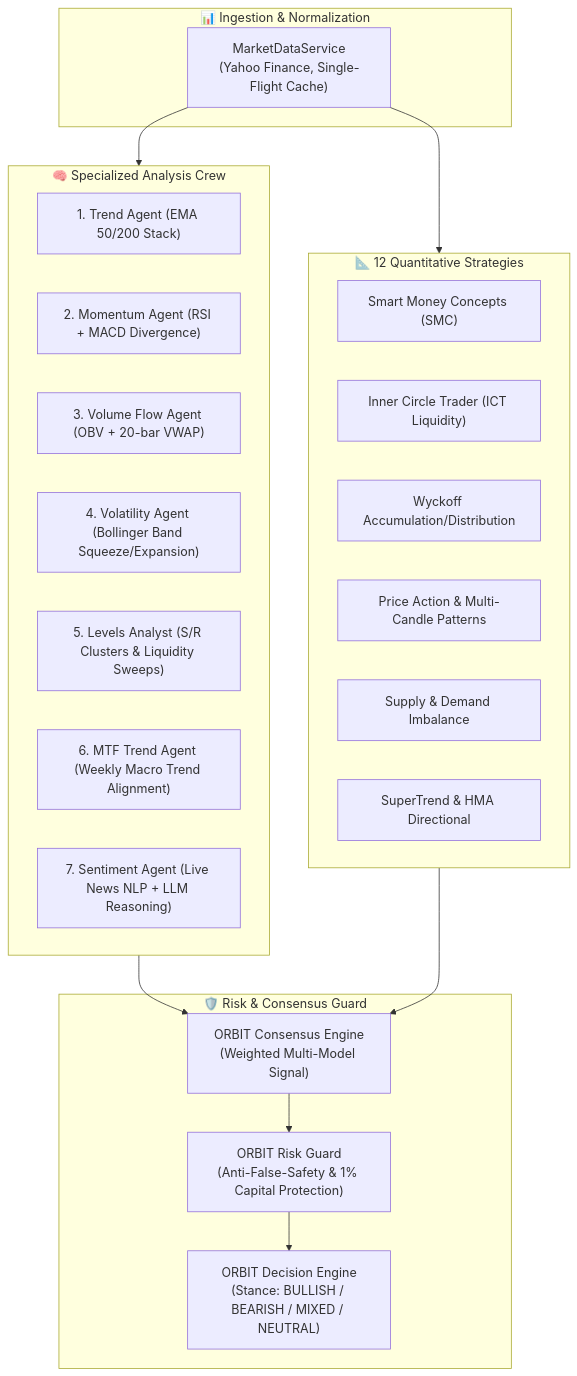
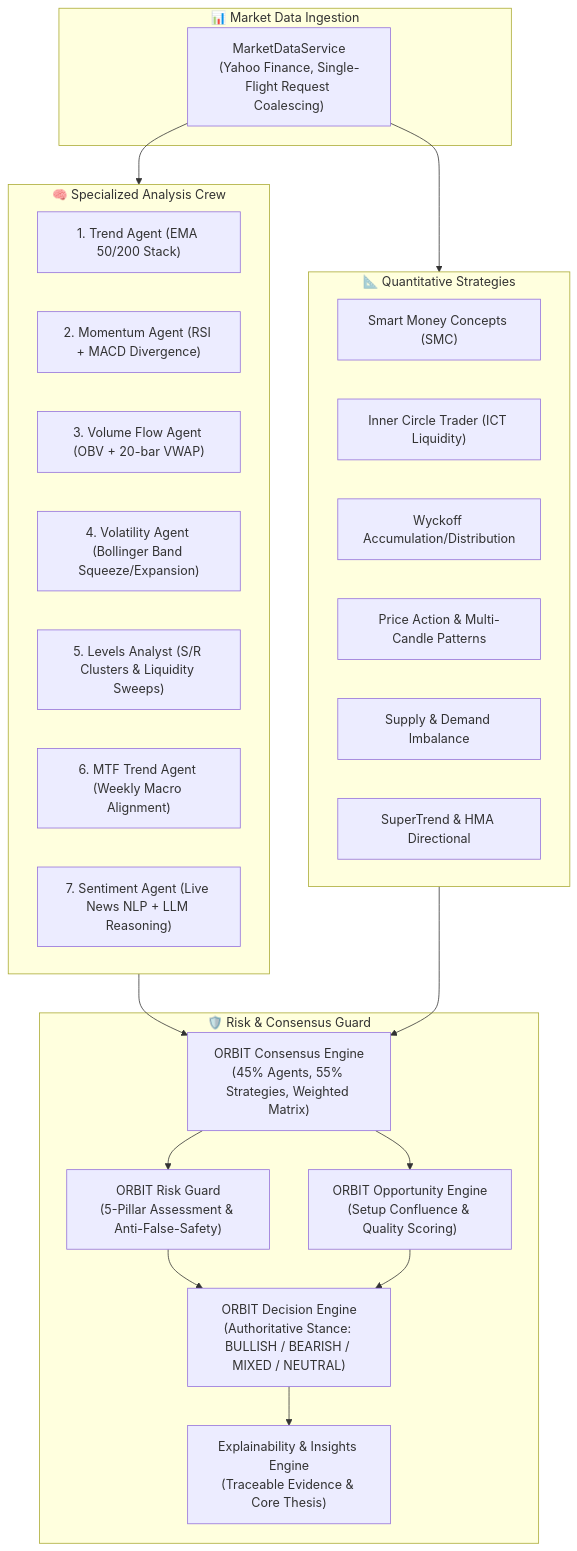
Before and after one commit to ParthYendhe0679/orbit: the third of 5 diagrams in README.md, drawn with Mermaid. The commit also changed other lines of this file and 10 other files, not shown here.

Commit message:
feat: institutional README with architecture diagrams, MIT license, copilot formatting & solo author attribution

````diff
--- a/README.md
+++ b/README.md
@@ -121,38 +157,43 @@
 ```mermaid
 graph TD
-    subgraph MarketIngestion["📊 Ingestion & Normalization"]
-        MarketData["MarketDataService<br/>(Yahoo Finance, Single-Flight Cache)"]
+    subgraph MarketIngestion["📊 Market Data Ingestion"]
+        MarketData["MarketDataService<br/>(Yahoo Finance, Single-Flight Request Coalescing)"]
     end
 
     subgraph AnalyticalCrew["🧠 Specialized Analysis Crew"]
         A1["1. Trend Agent (EMA 50/200 Stack)"]
         A2["2. Momentum Agent (RSI + MACD Divergence)"]
         A3["3. Volume Flow Agent (OBV + 20-bar VWAP)"]
         A4["4. Volatility Agent (Bollinger Band Squeeze/Expansion)"]
         A5["5. Levels Analyst (S/R Clusters & Liquidity Sweeps)"]
-        A6["6. MTF Trend Agent (Weekly Macro Trend Alignment)"]
+        A6["6. MTF Trend Agent (Weekly Macro Alignment)"]
         A7["7. Sentiment Agent (Live News NLP + LLM Reasoning)"]
     end
 
-    subgraph QuantitativeStrategies["📐 12 Quantitative Strategies"]
+    subgraph QuantitativeStrategies["📐 Quantitative Strategies"]
         S1["Smart Money Concepts (SMC)"]
         S2["Inner Circle Trader (ICT Liquidity)"]
         S3["Wyckoff Accumulation/Distribution"]
         S4["Price Action & Multi-Candle Patterns"]
         S5["Supply & Demand Imbalance"]
         S6["SuperTrend & HMA Directional"]
     end
 
     subgraph DecisionRiskLayer["🛡️ Risk & Consensus Guard"]
-        Consensus["ORBIT Consensus Engine<br/>(Weighted Multi-Model Signal)"]
-        RiskGuard["ORBIT Risk Guard<br/>(Anti-False-Safety & 1% Capital Protection)"]
-        Decision["ORBIT Decision Engine<br/>(Stance: BULLISH / BEARISH / MIXED / NEUTRAL)"]
+        Consensus["ORBIT Consensus Engine<br/>(45% Agents, 55% Strategies, Weighted Matrix)"]
+        RiskGuard["ORBIT Risk Guard<br/>(5-Pillar Assessment & Anti-False-Safety)"]
+        Opportunity["ORBIT Opportunity Engine<br/>(Setup Confluence & Quality Scoring)"]
+        Decision["ORBIT Decision Engine<br/>(Authoritative Stance: BULLISH / BEARISH / MIXED / NEUTRAL)"]
+        Explain["Explainability & Insights Engine<br/>(Traceable Evidence & Core Thesis)"]
     end
 
     MarketData --> AnalyticalCrew
     MarketData --> QuantitativeStrategies
     AnalyticalCrew --> Consensus
     QuantitativeStrategies --> Consensus
     Consensus --> RiskGuard
+    Consensus --> Opportunity
     RiskGuard --> Decision
+    Opportunity --> Decision
+    Decision --> Explain
 ```
````
